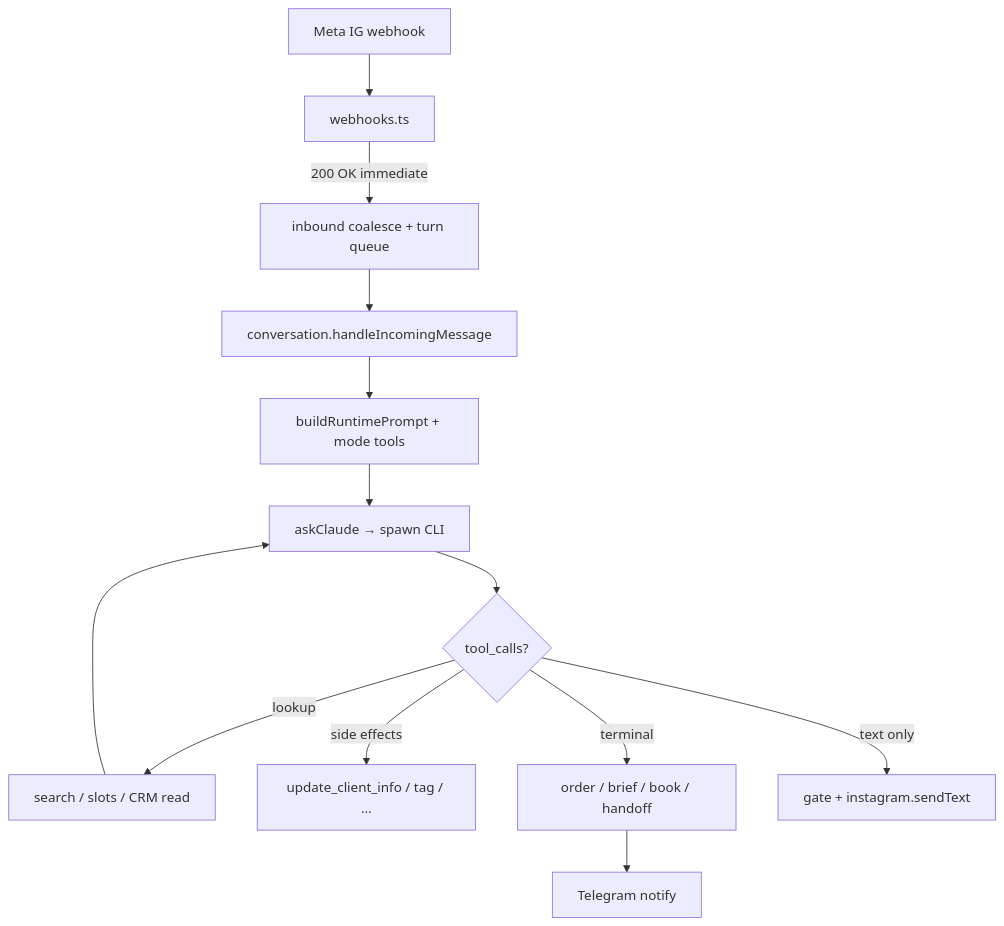
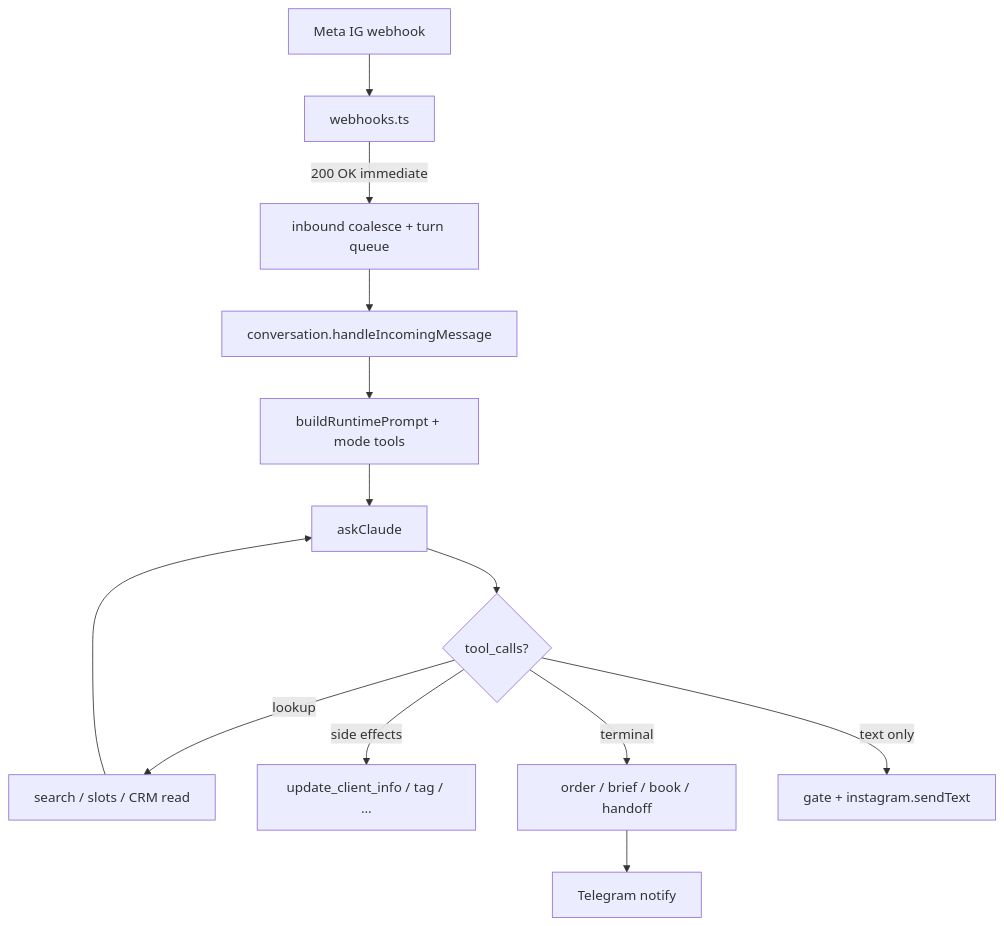
Before and after one commit to danylo-pavenko/platform-ai-agent-direct: the diagram in docs/AGENT_RUNTIME.md, drawn with Mermaid. The commit also changed other lines of this file and 54 other files, not shown here.

First line of the commit message:
Default Claude customer path to Agent SDK with MCP tools and CLI hotfix

````diff
--- a/docs/AGENT_RUNTIME.md
+++ b/docs/AGENT_RUNTIME.md
@@ -24,15 +24,16 @@
 ```mermaid
 flowchart TD
   A[Meta IG webhook] --> B[webhooks.ts]
   B -->|200 OK immediate| C[inbound coalesce + turn queue]
   C --> D[conversation.handleIncomingMessage]
   D --> E[buildRuntimePrompt + mode tools]
-  E --> F[askClaude → spawn CLI]
+  E --> F[askClaude]
+
   F --> G{tool_calls?}
   G -->|lookup| H[search / slots / CRM read]
   H --> F
   G -->|side effects| I[update_client_info / tag / …]
   G -->|terminal| J[order / brief / book / handoff]
   J --> K[Telegram notify]
   G -->|text only| L[gate + instagram.sendText]
 ```
````
